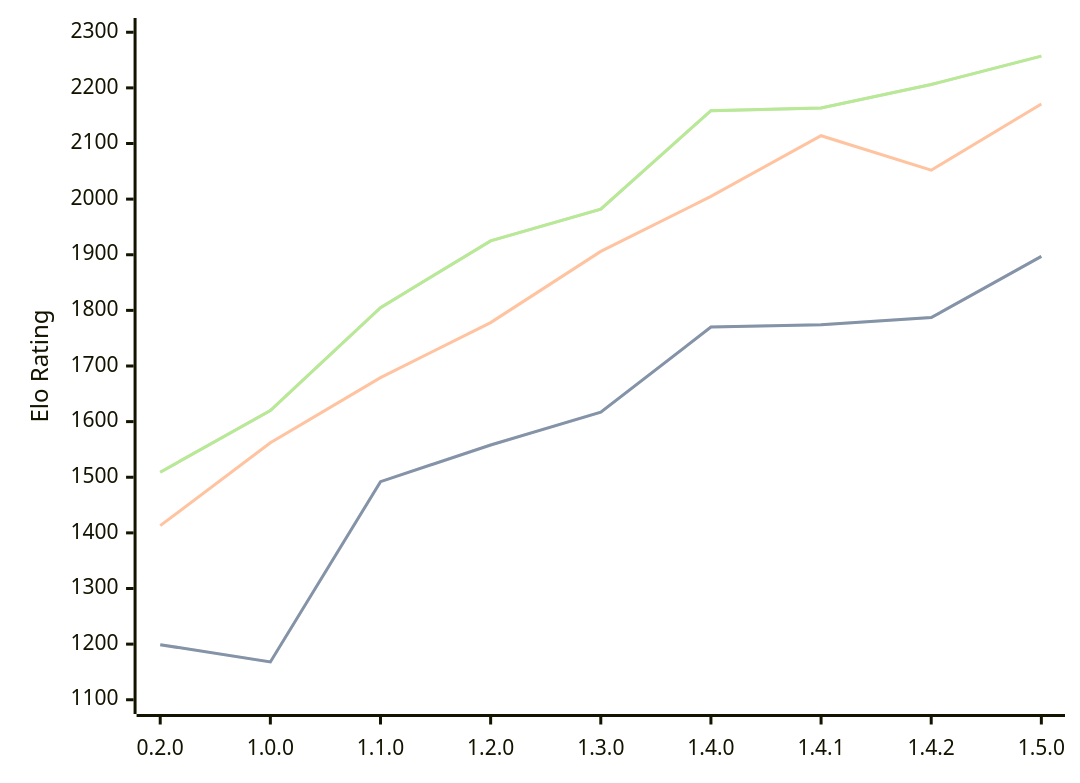
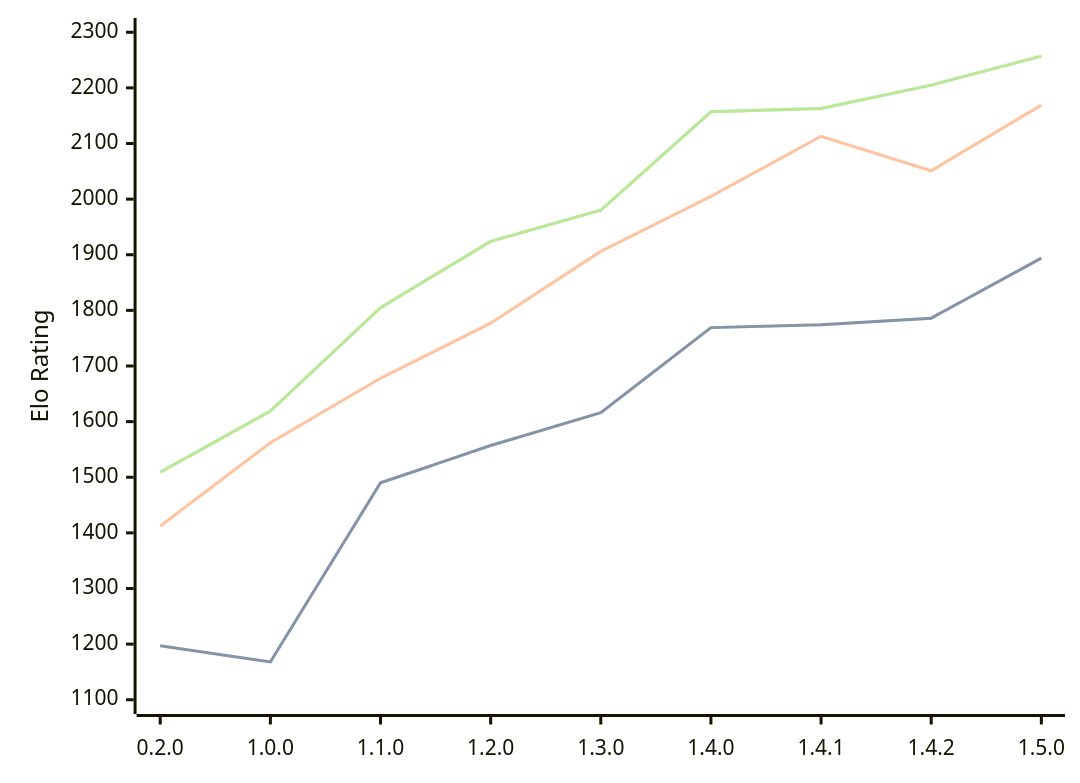
Before and after one commit to computer-chess-index/cci: the third of 3 diagrams in engines/Zeppelin.md, drawn with Mermaid. The commit also changed other lines of this file, not shown here.

Commit message:
Update CCI Ratings (ELO VLTC) - 2026-06-27

````diff
--- a/engines/Zeppelin.md
+++ b/engines/Zeppelin.md
@@ -74,11 +74,11 @@
 ```mermaid
 %%{init: {"theme":"base","themeVariables":{"seriesColors:['#a3a3a3','#222221','#faa371']}}}%%
 xychart-beta
   x-axis ["0.2.0", "1.0.0", "1.1.0", "1.2.0", "1.3.0", "1.4.0", "1.4.1", "1.4.2", "1.5.0"]
   y-axis "Elo Rating" 1100 --> 2300
-  line "STC (8.0+0.08s)" [1199, 1168, 1492, 1558, 1617, 1770, 1774, 1787, 1897]
-  line "STC (8.0+0.08s)" [1199, 1168, 1492, 1558, 1617, 1770, 1774, 1787, 1897]
-  line "LTC (60.0+0.60s)" [1413, 1562, 1679, 1778, 1906, 2005, 2114, 2052, 2171]
-  line "VLTC (2m24s+1.12s)" [1509, 1620, 1805, 1925, 1982, 2159, 2164, 2206, 2257]
-  line "VLTC (2m24s+1.12s)" [1509, 1620, 1805, 1925, 1982, 2159, 2164, 2206, 2257]
+  line "STC (8.0+0.08s)" [1197, 1168, 1490, 1557, 1616, 1769, 1774, 1786, 1894]
+  line "STC (8.0+0.08s)" [1197, 1168, 1490, 1557, 1616, 1769, 1774, 1786, 1894]
+  line "LTC (60.0+0.60s)" [1412, 1562, 1678, 1777, 1906, 2005, 2113, 2051, 2169]
+  line "VLTC (2m24s+1.12s)" [1509, 1619, 1805, 1924, 1980, 2157, 2163, 2205, 2257]
+  line "VLTC (2m24s+1.12s)" [1509, 1619, 1805, 1924, 1980, 2157, 2163, 2205, 2257]
 ```
````
